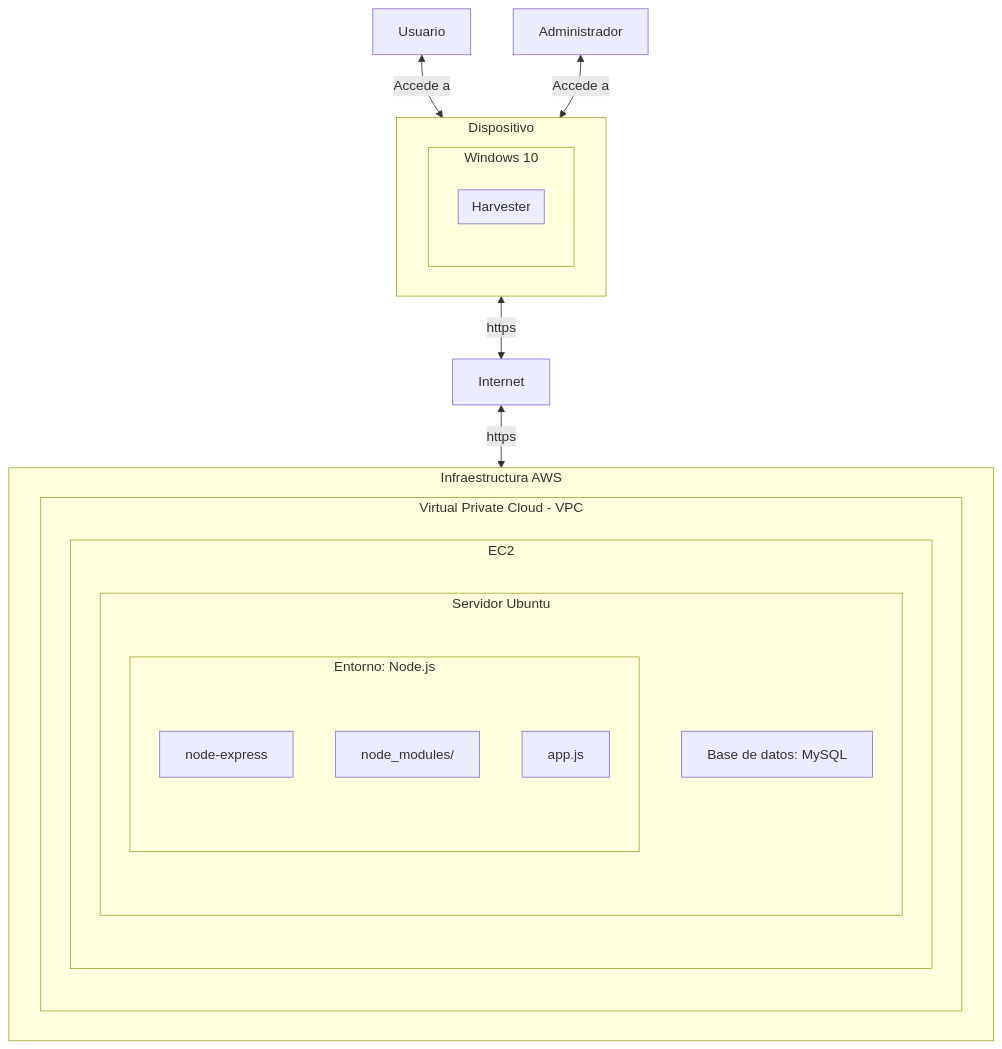
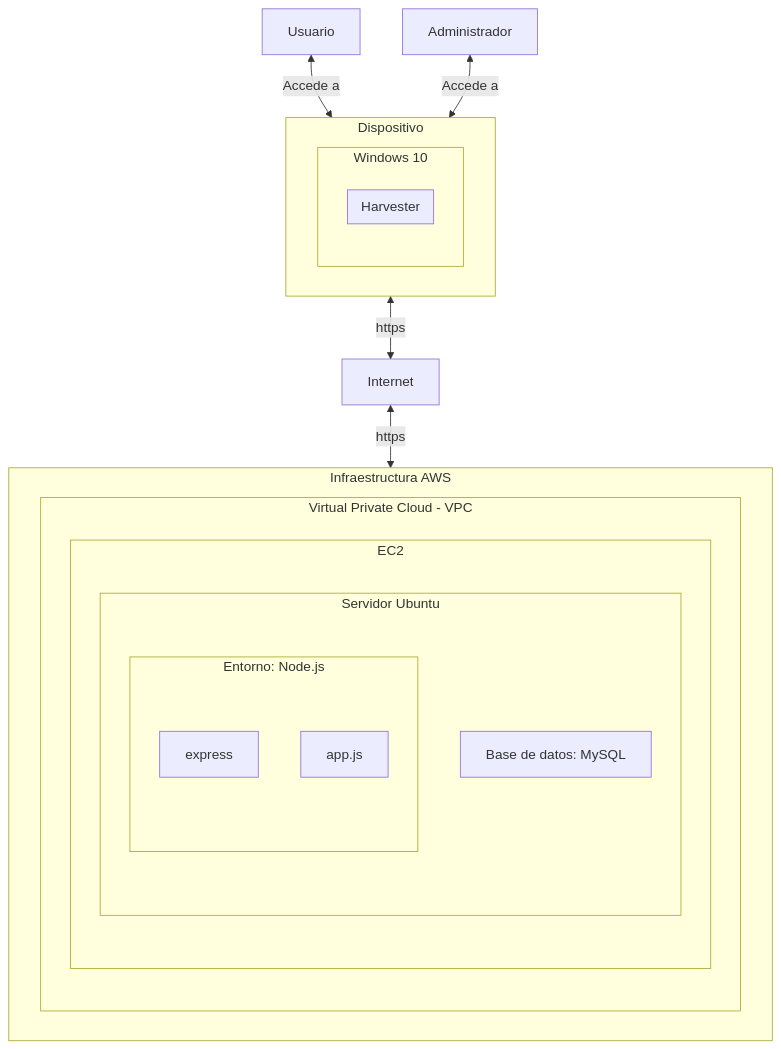
The diagram in documentation/docs/proyectos/tractores/documentacion/arquitectura.md (CodeAnd-Co/Documentacion), drawn with Mermaid before and after one commit.

Commit message:
Nombre de componente

````diff
--- a/documentation/docs/proyectos/tractores/documentacion/arquitectura.md
+++ b/documentation/docs/proyectos/tractores/documentacion/arquitectura.md
@@ -139,31 +139,30 @@
 ``` mermaid 
 graph TD
     Usuario <--> |Accede a| Dispositivo
     Administrador <--> |Accede a| Dispositivo
     subgraph Dispositivo
       subgraph Windows 10
         subgraph Harvester
         end
       end
     end
 
     Dispositivo <--> |https| Internet
 
     subgraph InfraestructuraAWS [Infraestructura AWS]
         subgraph VPC ["Virtual Private Cloud - VPC"]
             subgraph EC2 ["EC2"]
                 subgraph ServidorUbuntu["Servidor Ubuntu"]
                     subgraph Sistema["Entorno: Node.js"]
-                       ExpressFramework["node-express"]
-                       NodeModules["node_modules/"] 
+                       ExpressFramework["express"]
                        APP["app.js"]
                     end
                     MySQL["Base de datos: MySQL"]
                 end
             end
             end
     end
 
     Internet <--> |https| InfraestructuraAWS
     
 ```
````
